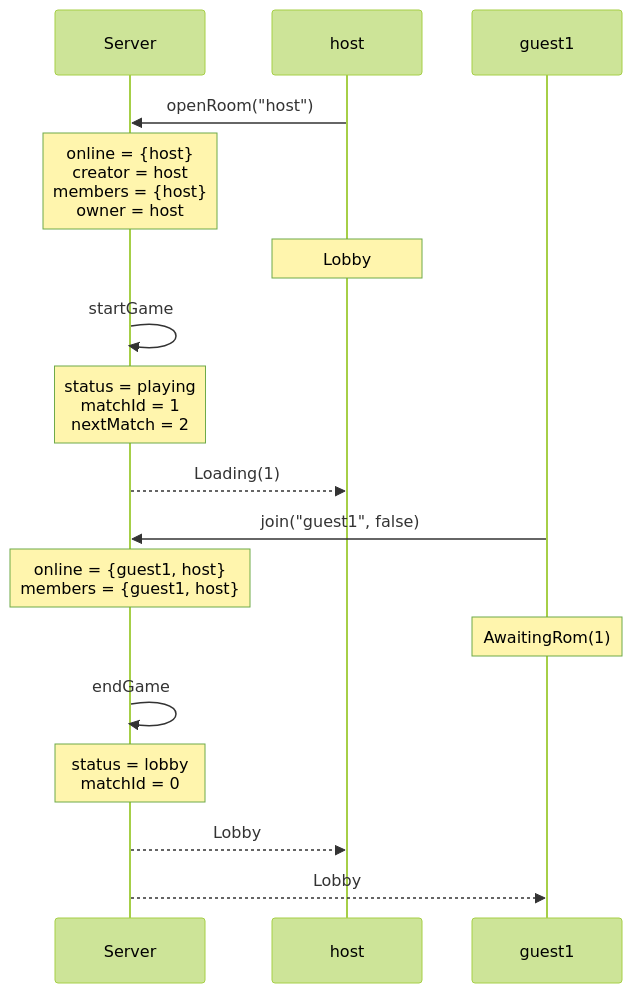
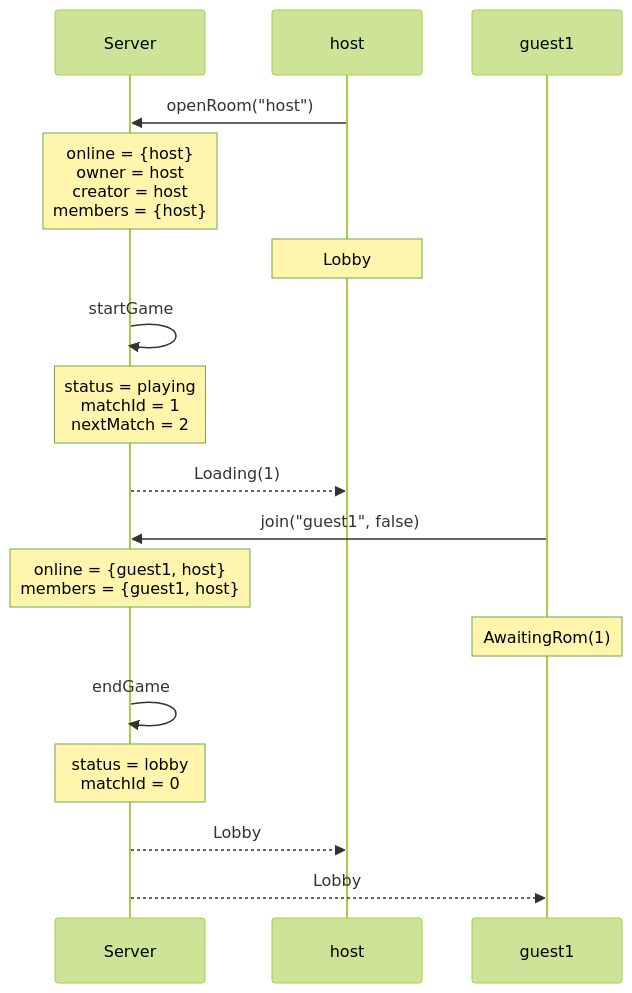
Before and after one commit to kwilson21/kaillera-next: diagram 17 of 32 in docs/spec-traces.md, drawn with Mermaid (forest theme). The commit also changed other lines of this file and 49 other files, not shown here.

````diff
--- a/docs/spec-traces.md
+++ b/docs/spec-traces.md
@@ -368,19 +463,19 @@
 ```mermaid
 sequenceDiagram
   participant Server
   participant host
   participant guest1
   host->>Server: openRoom("host")
-  Note over Server: online = {host}<br/>creator = host<br/>members = {host}<br/>owner = host
+  Note over Server: online = {host}<br/>owner = host<br/>creator = host<br/>members = {host}
   Note over host: Lobby
   Server->>Server: startGame
   Note over Server: status = playing<br/>matchId = 1<br/>nextMatch = 2
   Server-->>host: Loading(1)
   guest1->>Server: join("guest1", false)
   Note over Server: online = {guest1, host}<br/>members = {guest1, host}
   Note over guest1: AwaitingRom(1)
   Server->>Server: endGame
   Note over Server: status = lobby<br/>matchId = 0
   Server-->>host: Lobby
   Server-->>guest1: Lobby
 ```
````
